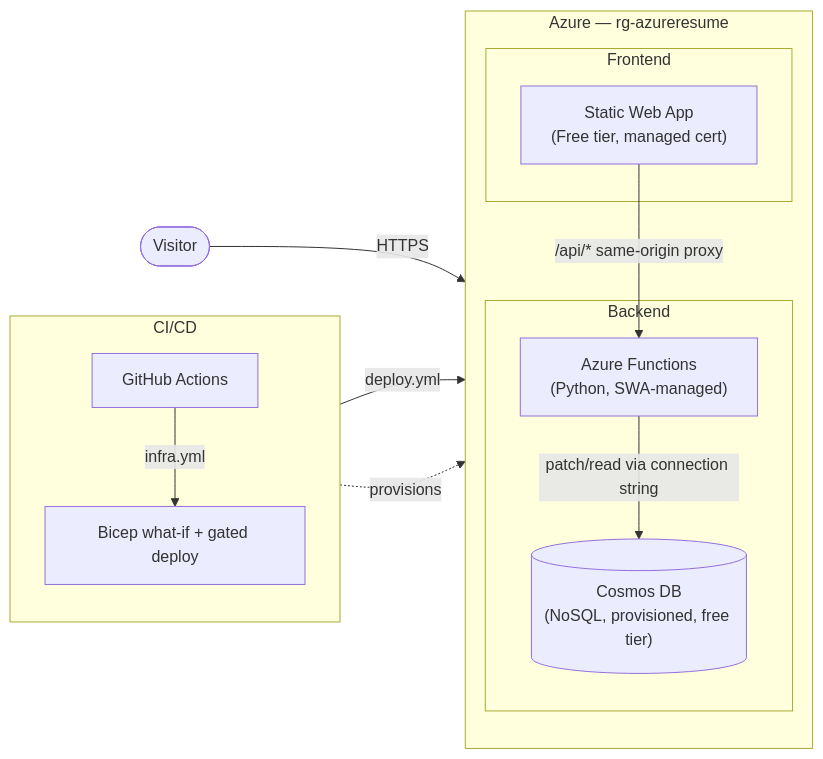
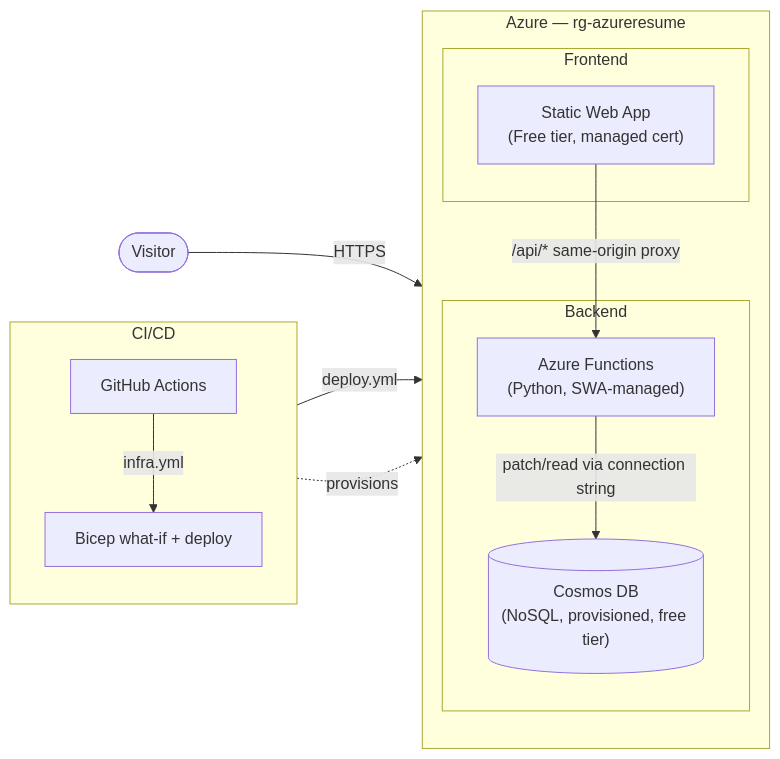
Before and after one commit to Josperdo/AzureResume: the diagram in README.md, drawn with Mermaid. The commit also changed other lines of this file, not shown here.

````diff
--- a/README.md
+++ b/README.md
@@ -20,27 +21,27 @@
 ```mermaid
 flowchart LR
     User(["Visitor"]) -->|HTTPS| SWA
 
     subgraph Azure["Azure — rg-azureresume"]
         direction TB
         subgraph Frontend["Frontend"]
             SWA["Static Web App<br/>(Free tier, managed cert)"]
         end
         subgraph Backend["Backend"]
             Func["Azure Functions<br/>(Python, SWA-managed)"]
             Cosmos[("Cosmos DB<br/>(NoSQL, provisioned, free tier)")]
             Func -->|"patch/read via connection string"| Cosmos
         end
         SWA -->|"/api/* same-origin proxy"| Func
     end
 
     subgraph CICD["CI/CD"]
         direction TB
         GHA["GitHub Actions"]
-        WhatIf["Bicep what-if + gated deploy"]
+        WhatIf["Bicep what-if + deploy"]
         GHA -->|"deploy.yml"| SWA
         GHA -->|"infra.yml"| WhatIf
     end
 
     WhatIf -.->|provisions| Azure
 ```
````
